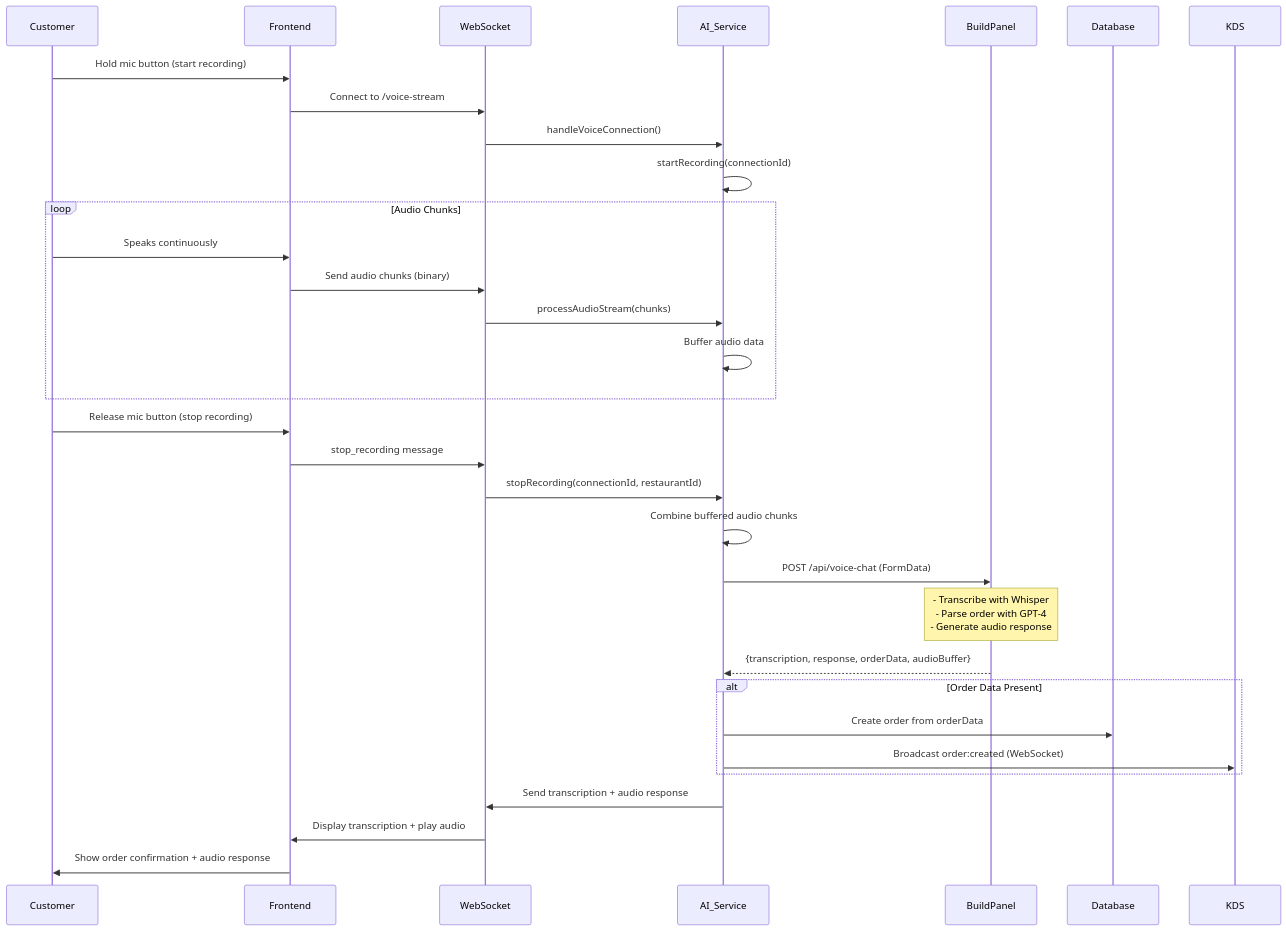
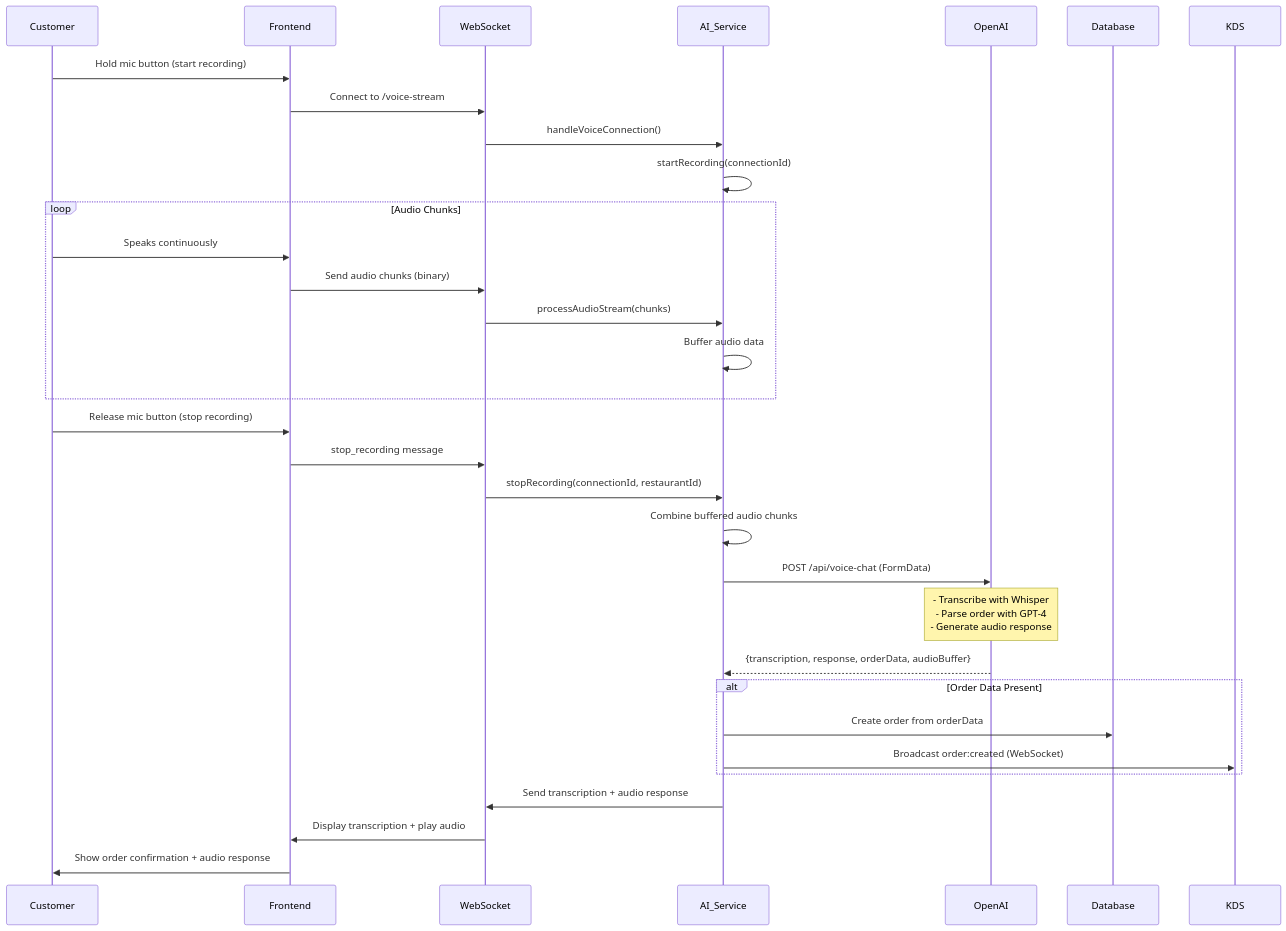
Before and after one commit to mikeyoung304/July25: the sixth of 8 diagrams in docs/DATA_FLOW_INTEGRATION.md, drawn with Mermaid. The commit also changed other lines of this file and 30 other files, not shown here.

Commit message:
chore: remove all BuildPanel references; replace with OpenAI; add CI guards

````diff
--- a/docs/DATA_FLOW_INTEGRATION.md
+++ b/docs/DATA_FLOW_INTEGRATION.md
@@ -546,41 +546,41 @@
 ```mermaid
 sequenceDiagram
     participant Customer
     participant Frontend
     participant WebSocket
     participant AI_Service
-    participant BuildPanel
+    participant OpenAI
     participant Database
     participant KDS
     
     Customer->>Frontend: Hold mic button (start recording)
     Frontend->>WebSocket: Connect to /voice-stream
     WebSocket->>AI_Service: handleVoiceConnection()
     AI_Service->>AI_Service: startRecording(connectionId)
     
     loop Audio Chunks
         Customer->>Frontend: Speaks continuously
         Frontend->>WebSocket: Send audio chunks (binary)
         WebSocket->>AI_Service: processAudioStream(chunks)
         AI_Service->>AI_Service: Buffer audio data
     end
     
     Customer->>Frontend: Release mic button (stop recording)
     Frontend->>WebSocket: stop_recording message
     WebSocket->>AI_Service: stopRecording(connectionId, restaurantId)
     AI_Service->>AI_Service: Combine buffered audio chunks
-    AI_Service->>BuildPanel: POST /api/voice-chat (FormData)
+    AI_Service->>OpenAI: POST /api/voice-chat (FormData)
     
-    Note over BuildPanel: - Transcribe with Whisper<br/>- Parse order with GPT-4<br/>- Generate audio response
+    Note over OpenAI: - Transcribe with Whisper<br/>- Parse order with GPT-4<br/>- Generate audio response
     
-    BuildPanel-->>AI_Service: {transcription, response, orderData, audioBuffer}
+    OpenAI-->>AI_Service: {transcription, response, orderData, audioBuffer}
     
     alt Order Data Present
         AI_Service->>Database: Create order from orderData
         AI_Service->>KDS: Broadcast order:created (WebSocket)
     end
     
     AI_Service->>WebSocket: Send transcription + audio response
     WebSocket->>Frontend: Display transcription + play audio
     Frontend->>Customer: Show order confirmation + audio response
 ```
````
